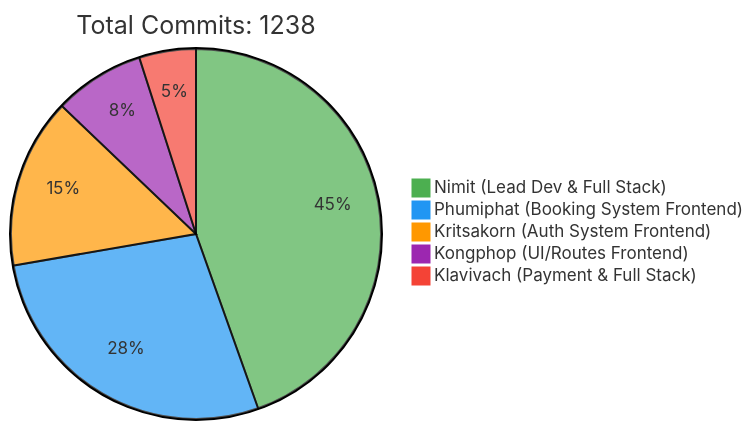
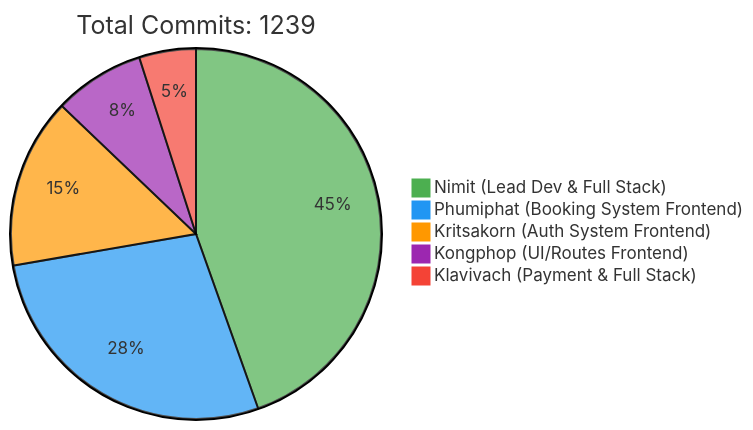
The first of 2 diagrams in README.md (6531503042/Sport-Complex), drawn with Mermaid before and after one commit. The commit also changed other lines of this file, not shown here.

Commit message:
docs: Update contributor statistics [skip ci]

````diff
--- a/README.md
+++ b/README.md
@@ -257,10 +257,10 @@
 ```mermaid
 %%{init: {'theme': 'base', 'themeVariables': { 'pie1': '#4CAF50', 'pie2': '#2196F3', 'pie3': '#FF9800', 'pie4': '#9C27B0', 'pie5': '#F44336'}}}%%
 pie
-    title Total Commits: 1238
+    title Total Commits: 1239
     "Nimit (Lead Dev & Full Stack)" : 450
     "Phumiphat (Booking System Frontend)" : 280
     "Kritsakorn (Auth System Frontend)" : 150
     "Kongphop (UI/Routes Frontend)" : 80
     "Klavivach (Payment & Full Stack)" : 50
 ```
````
